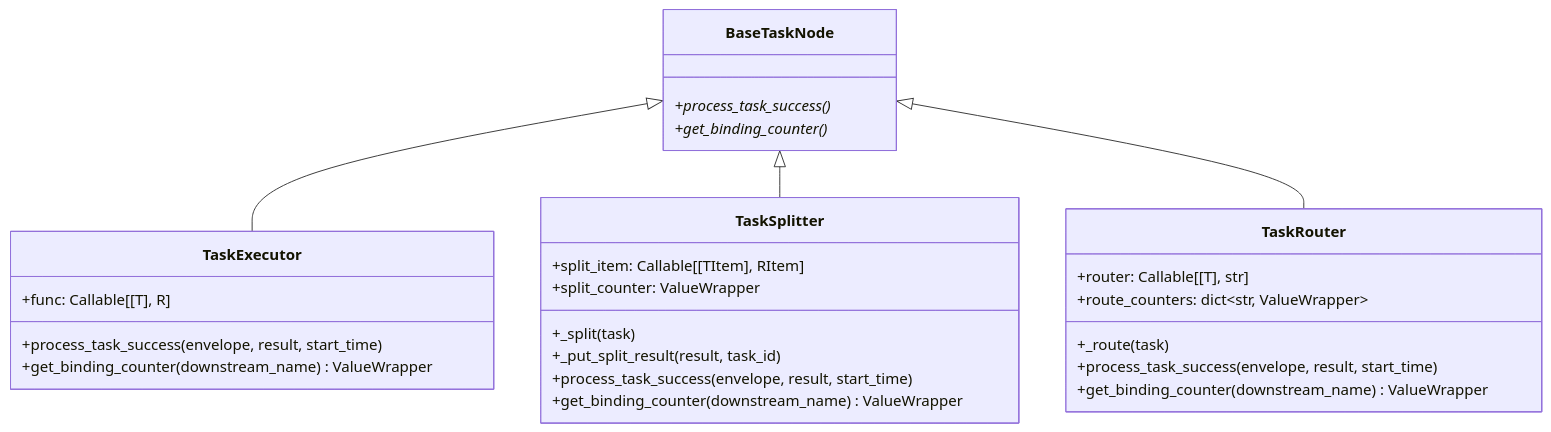
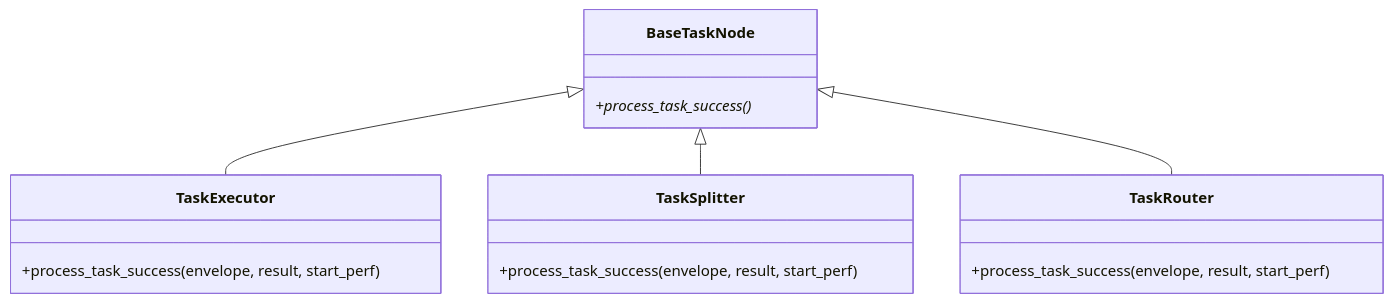
The diagram in docs/zh-CN/src/node/core_nodes.md (Mr-xiaotian/CelestialFlow), drawn with Mermaid before and after one commit. The commit also changed other lines of this file and 100 other files, not shown here.

````diff
--- a/docs/zh-CN/src/node/core_nodes.md
+++ b/docs/zh-CN/src/node/core_nodes.md
@@ -13,31 +13,19 @@
 ```mermaid
 classDiagram
     class BaseTaskNode {
         +process_task_success()*
-        +get_binding_counter()*
     }
     class TaskExecutor {
-        +func: Callable[[T], R]
-        +process_task_success(envelope, result, start_time)
-        +get_binding_counter(downstream_name) ValueWrapper
+        +process_task_success(envelope, result, start_perf)
     }
     class TaskSplitter {
-        +split_item: Callable[[TItem], RItem]
-        +split_counter: ValueWrapper
-        +_split(task)
-        +_put_split_result(result, task_id)
-        +process_task_success(envelope, result, start_time)
-        +get_binding_counter(downstream_name) ValueWrapper
+        +process_task_success(envelope, result, start_perf)
     }
     class TaskRouter {
-        +router: Callable[[T], str]
-        +route_counters: dict~str, ValueWrapper~
-        +_route(task)
-        +process_task_success(envelope, result, start_time)
-        +get_binding_counter(downstream_name) ValueWrapper
+        +process_task_success(envelope, result, start_perf)
     }
 
     BaseTaskNode <|-- TaskExecutor
     BaseTaskNode <|-- TaskSplitter
     BaseTaskNode <|-- TaskRouter
 ```
````
